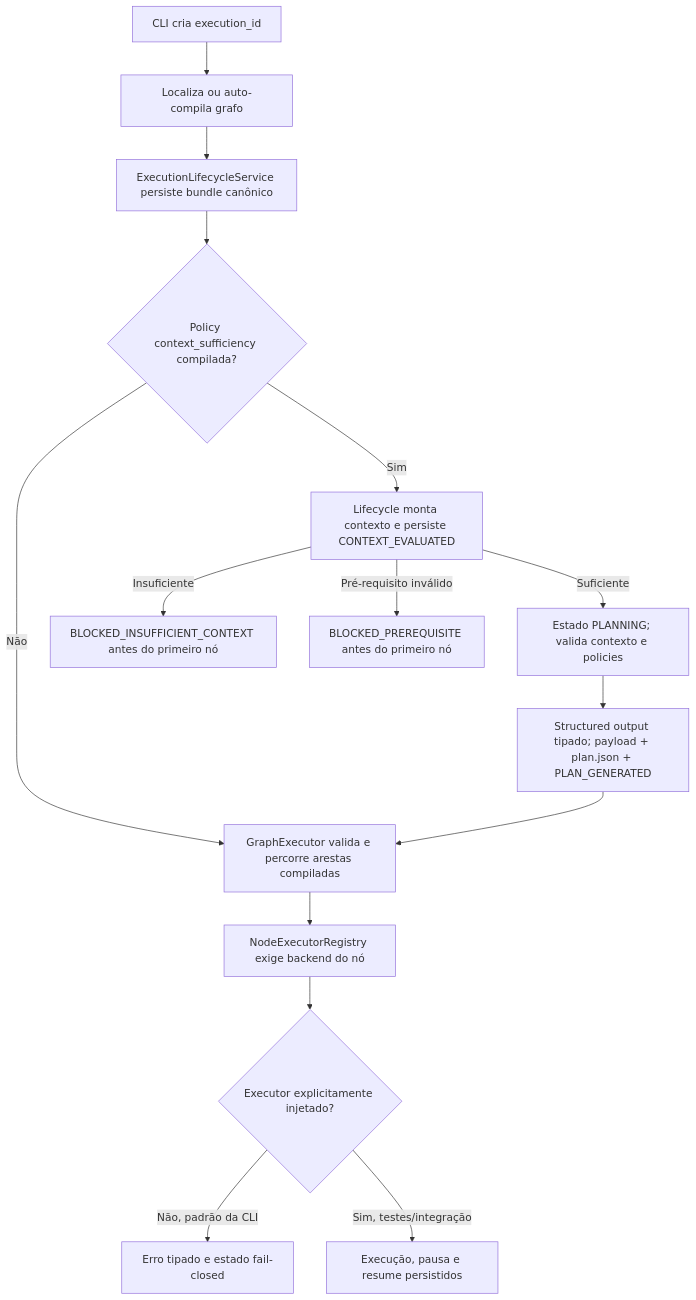
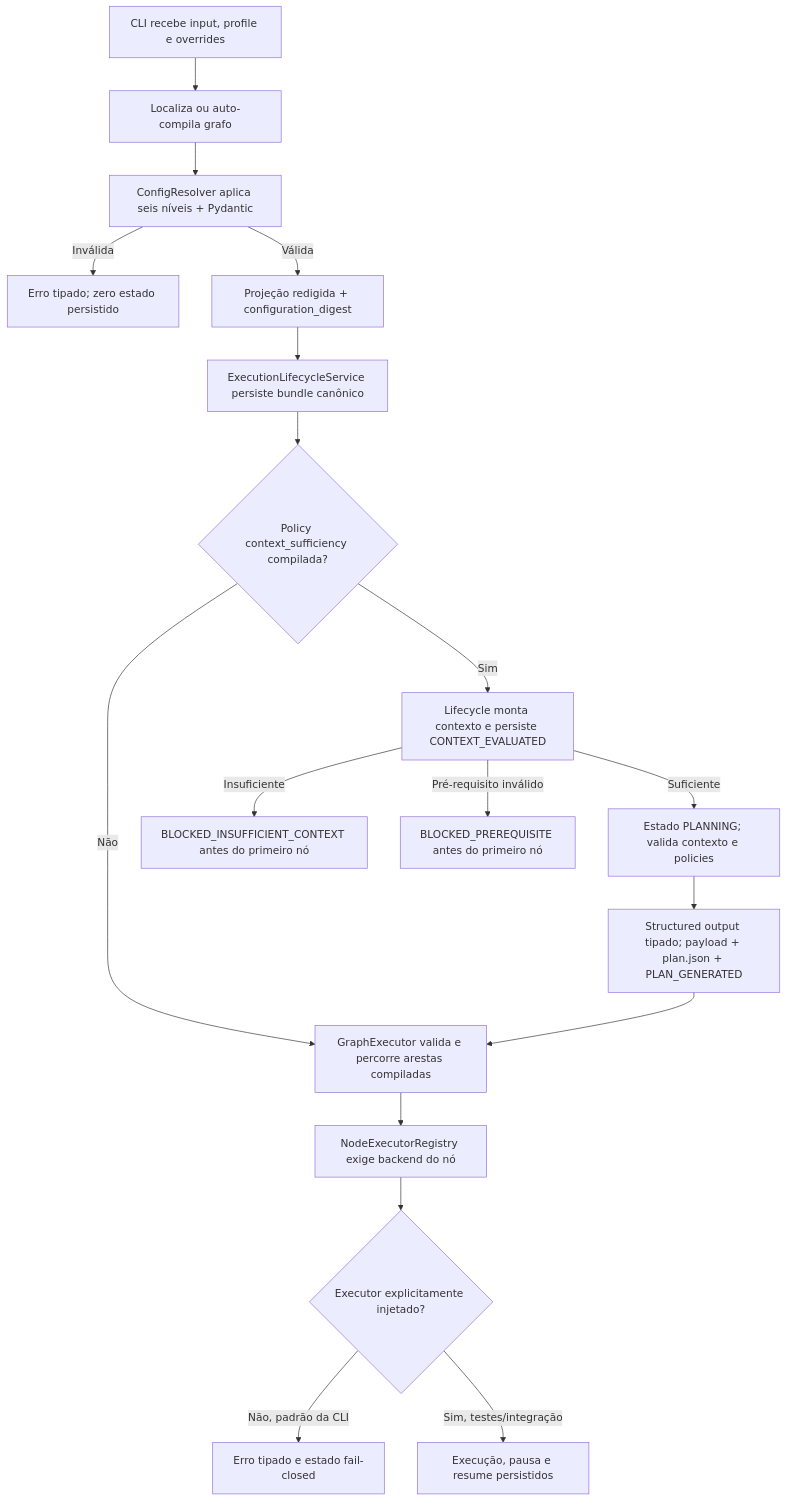
Before and after one commit to Wf-ops1/xXHarnessinfraXx: the diagram in docs/walkthrough.md, drawn with Mermaid. The commit also changed other lines of this file and 18 other files, not shown here.

````diff
--- a/docs/walkthrough.md
+++ b/docs/walkthrough.md
@@ -63,17 +63,20 @@
 ```mermaid
 flowchart TD
-    A["CLI cria execution_id"] --> B["Localiza ou auto-compila grafo"]
-    B --> C["ExecutionLifecycleService persiste bundle canônico"]
+    A["CLI recebe input, profile e overrides"] --> B["Localiza ou auto-compila grafo"]
+    B --> R["ConfigResolver aplica seis níveis + Pydantic"]
+    R -->|Inválida| Z["Erro tipado; zero estado persistido"]
+    R -->|Válida| S["Projeção redigida + configuration_digest"]
+    S --> C["ExecutionLifecycleService persiste bundle canônico"]
     C --> P{"Policy context_sufficiency compilada?"}
     P -->|Não| D["GraphExecutor valida e percorre arestas compiladas"]
     P -->|Sim| X["Lifecycle monta contexto e persiste CONTEXT_EVALUATED"]
     X -->|Suficiente| L["Estado PLANNING; valida contexto e policies"]
     L --> Q["Structured output tipado; payload + plan.json + PLAN_GENERATED"]
     Q --> D
     X -->|Insuficiente| I["BLOCKED_INSUFFICIENT_CONTEXT antes do primeiro nó"]
     X -->|Pré-requisito inválido| J["BLOCKED_PREREQUISITE antes do primeiro nó"]
     D --> E["NodeExecutorRegistry exige backend do nó"]
     E --> F{"Executor explicitamente injetado?"}
     F -->|Não, padrão da CLI| G["Erro tipado e estado fail-closed"]
     F -->|Sim, testes/integração| H["Execução, pausa e resume persistidos"]
 ```
````
